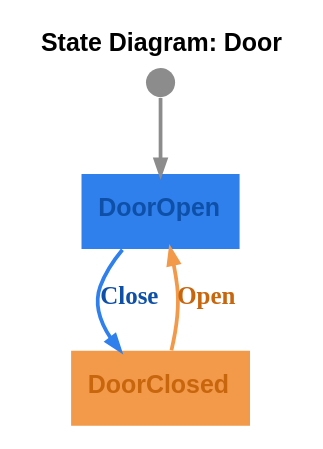
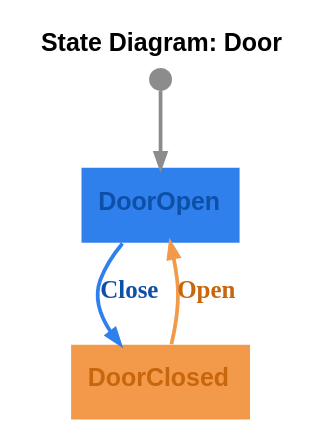
One commit to m-bock/purescript-transit changed the diagram in graphs/door.dot. Above: the diagram before and after it, drawn with Graphviz. The commit also changed 3 other files, not shown here.

```diff
--- a/graphs/door.dot
+++ b/graphs/door.dot
@@ -1,10 +1,10 @@
 digraph 
 {
 rankdir = "TD";fontname = "Arial";label = <<b>State Diagram: Door</b>>;labelloc = "t";fontsize = 12
 DoorOpen [shape = "box", label = <<b>DoorOpen</b>>, fontsize = 12, style = "filled", fillcolor = "#2f80ed", fontcolor = "#0e50a8", fontname = "Arial", labelloc = "c", penwidth = 0.0]
-__Start__ [shape = "circle", label = "", width = 0.2, height = 0.2, fixedsize = true, style = "filled", fillcolor = "#8c8c8c", penwidth = 0.0]
+__Start__ [shape = "circle", label = "", width = 0.15, height = 0.15, fixedsize = true, style = "filled", fillcolor = "#8c8c8c", penwidth = 0.0]
 __Start__ -> DoorOpen [color = "#8c8c8c", fontsize = 12, arrowsize = "0.7", penwidth = 1.8]
 DoorOpen -> DoorClosed [color = "#2f80ed", fontcolor = "#0e50a8", fontsize = 12, arrowsize = "0.7", label = <<b>Close</b>>, penwidth = 1.8]
 DoorClosed [shape = "box", label = <<b>DoorClosed</b>>, fontsize = 12, style = "filled", fillcolor = "#f2994a", fontcolor = "#c8660e", fontname = "Arial", labelloc = "c", penwidth = 0.0]
 DoorClosed -> DoorOpen [color = "#f2994a", fontcolor = "#c8660e", fontsize = 12, arrowsize = "0.7", label = <<b>Open</b>>, penwidth = 1.8]
 }
```
